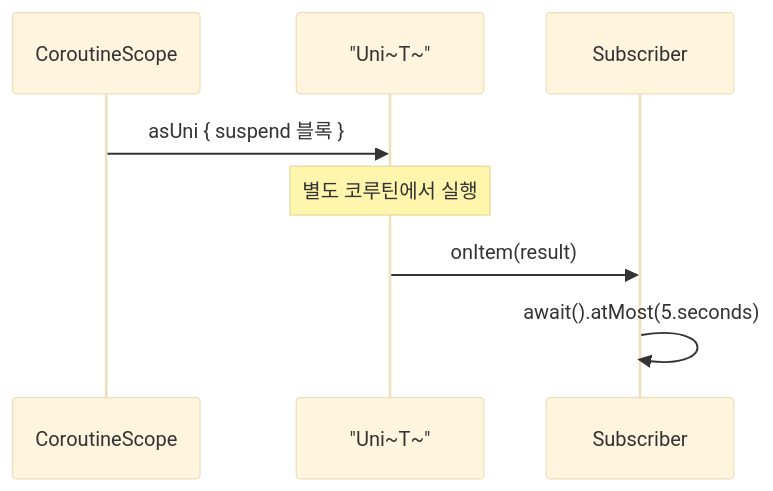
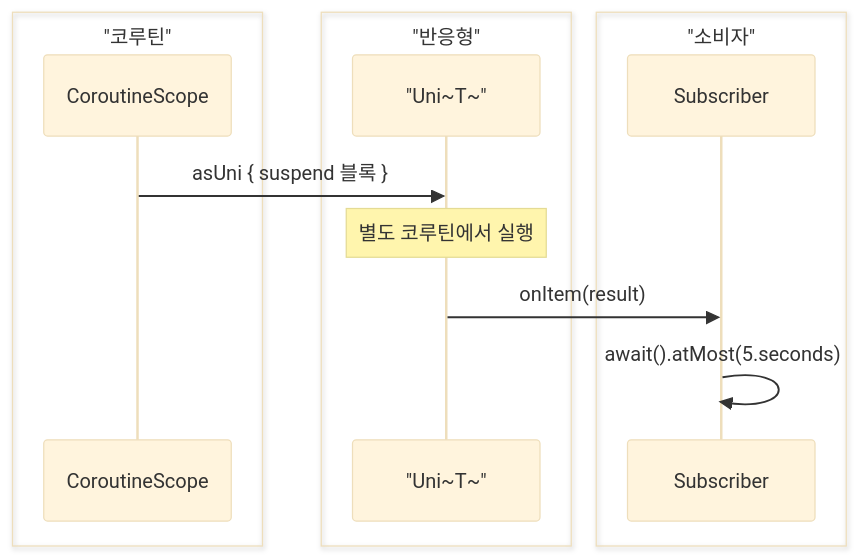
Before and after one commit to bluetape4k/bluetape4k-projects: the third of 3 diagrams in utils/mutiny/README.ko.md, drawn with Mermaid (base theme). The commit also changed other lines of this file and 221 other files, not shown here.

First line of the commit message:
docs: 전체 모듈 README UML 다이어그램 보강 및 색상 업그레이드

````diff
--- a/utils/mutiny/README.ko.md
+++ b/utils/mutiny/README.ko.md
@@ -333,11 +350,17 @@
 ```mermaid
 sequenceDiagram
+    box "코루틴" #F3E5F5
     participant CS as CoroutineScope
+    end
+    box "반응형" #E3F2FD
     participant UNI as "Uni~T~"
+    end
+    box "소비자" #E8F5E9
     participant SUB as Subscriber
+    end
 
     CS->>UNI: asUni { suspend 블록 }
     Note over UNI: 별도 코루틴에서 실행
     UNI->>SUB: onItem(result)
     SUB->>SUB: await().atMost(5.seconds)
 ```
````
